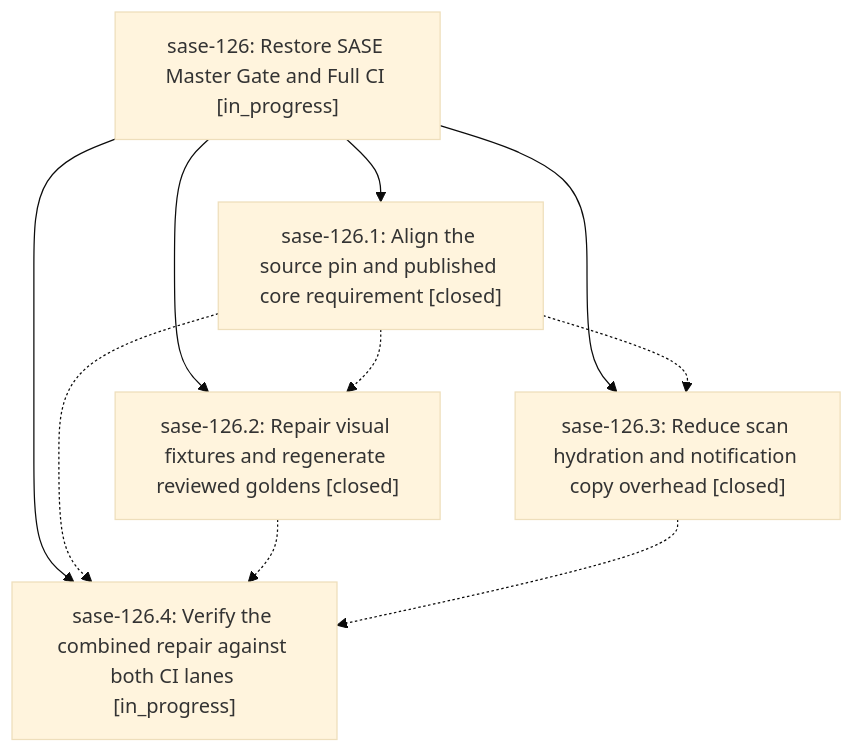
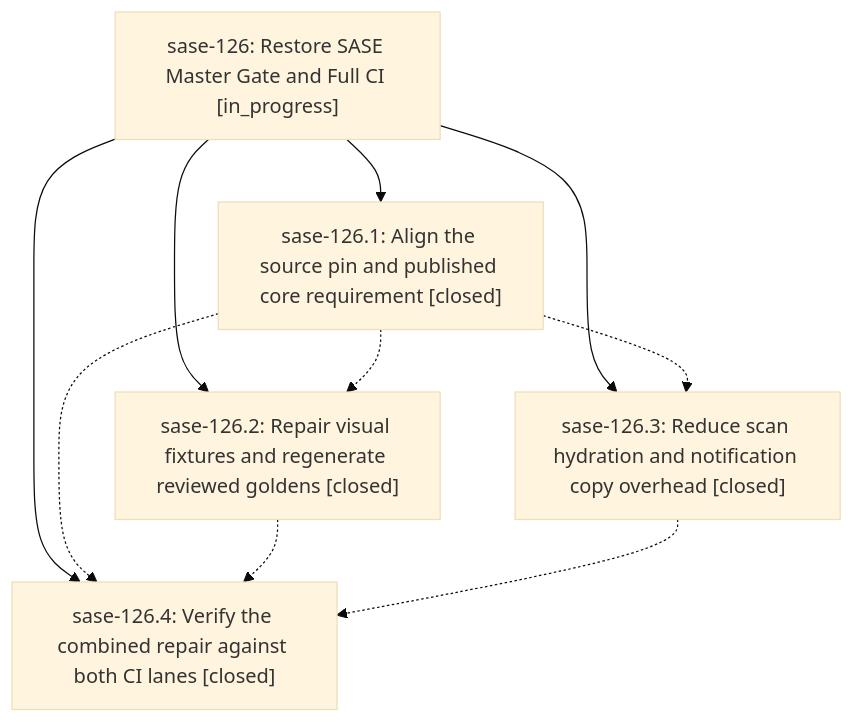
The diagram in pages/sase-126/README.md (sase-org/sase--beads), drawn with Mermaid (base theme) before and after one commit. The commit also changed other lines of this file and 4 other files, not shown here.

````diff
--- a/pages/sase-126/README.md
+++ b/pages/sase-126/README.md
@@ -25,17 +29,17 @@
 ```mermaid
 flowchart TD
     n0["sase-126: Restore SASE Master Gate and Full CI [in_progress]"]
     n1["sase-126.1: Align the source pin and published core requirement [closed]"]
     n2["sase-126.2: Repair visual fixtures and regenerate reviewed goldens [closed]"]
     n3["sase-126.3: Reduce scan hydration and notification copy overhead [closed]"]
-    n4["sase-126.4: Verify the combined repair against both CI lanes [in_progress]"]
+    n4["sase-126.4: Verify the combined repair against both CI lanes [closed]"]
     n0 --> n1
     n0 --> n2
     n0 --> n3
     n0 --> n4
     n1 -.-> n2
     n1 -.-> n3
     n1 -.-> n4
     n2 -.-> n4
     n3 -.-> n4
 ```
````
